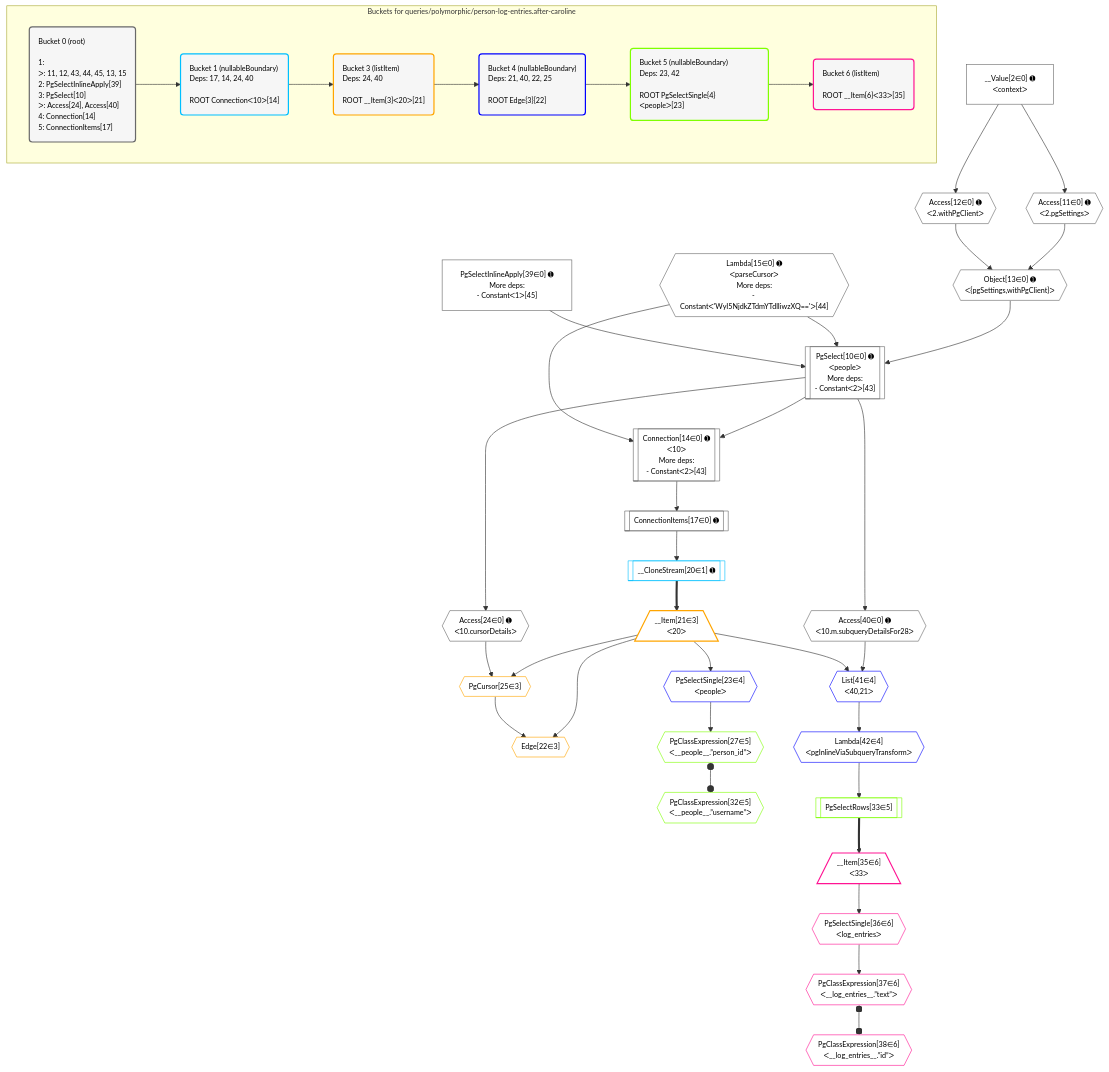
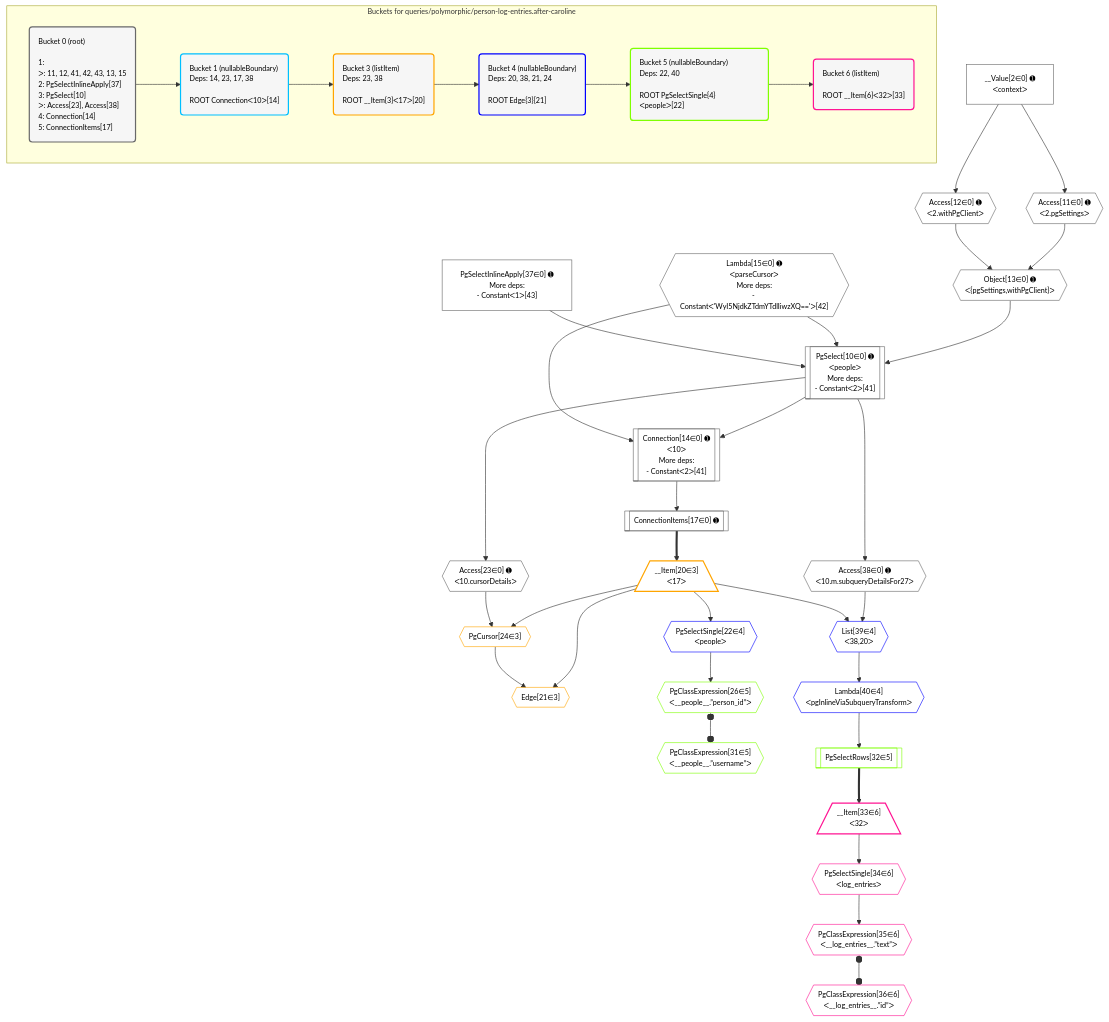
The diagram in postgraphile/postgraphile/__tests__/queries/polymorphic/person-log-entries.after-caroline.mermaid (benjaie/crystal), drawn with Mermaid before and after one commit. The commit also changed 295 other files, not shown here.

```diff
--- a/postgraphile/postgraphile/__tests__/queries/polymorphic/person-log-entries.after-caroline.mermaid
+++ b/postgraphile/postgraphile/__tests__/queries/polymorphic/person-log-entries.after-caroline.mermaid
@@ -1,85 +1,83 @@
 %%{init: {'themeVariables': { 'fontSize': '12px'}}}%%
 graph TD
     classDef path fill:#eee,stroke:#000,color:#000
     classDef plan fill:#fff,stroke-width:1px,color:#000
     classDef itemplan fill:#fff,stroke-width:2px,color:#000
     classDef unbatchedplan fill:#dff,stroke-width:1px,color:#000
     classDef sideeffectplan fill:#fcc,stroke-width:2px,color:#000
     classDef bucket fill:#f6f6f6,color:#000,stroke-width:2px,text-align:left
 
     subgraph "Buckets for queries/polymorphic/person-log-entries.after-caroline"
-    Bucket0("Bucket 0 (root)<br /><br />1: <br />ᐳ: 11, 12, 43, 44, 45, 13, 15<br />2: PgSelectInlineApply[39]<br />3: PgSelect[10]<br />ᐳ: Access[24], Access[40]<br />4: Connection[14]<br />5: ConnectionItems[17]"):::bucket
-    Bucket1("Bucket 1 (nullableBoundary)<br />Deps: 17, 14, 24, 40<br /><br />ROOT Connectionᐸ10ᐳ[14]"):::bucket
-    Bucket3("Bucket 3 (listItem)<br />Deps: 24, 40<br /><br />ROOT __Item{3}ᐸ20ᐳ[21]"):::bucket
-    Bucket4("Bucket 4 (nullableBoundary)<br />Deps: 21, 40, 22, 25<br /><br />ROOT Edge{3}[22]"):::bucket
-    Bucket5("Bucket 5 (nullableBoundary)<br />Deps: 23, 42<br /><br />ROOT PgSelectSingle{4}ᐸpeopleᐳ[23]"):::bucket
-    Bucket6("Bucket 6 (listItem)<br /><br />ROOT __Item{6}ᐸ33ᐳ[35]"):::bucket
+    Bucket0("Bucket 0 (root)<br /><br />1: <br />ᐳ: 11, 12, 41, 42, 43, 13, 15<br />2: PgSelectInlineApply[37]<br />3: PgSelect[10]<br />ᐳ: Access[23], Access[38]<br />4: Connection[14]<br />5: ConnectionItems[17]"):::bucket
+    Bucket1("Bucket 1 (nullableBoundary)<br />Deps: 14, 23, 17, 38<br /><br />ROOT Connectionᐸ10ᐳ[14]"):::bucket
+    Bucket3("Bucket 3 (listItem)<br />Deps: 23, 38<br /><br />ROOT __Item{3}ᐸ17ᐳ[20]"):::bucket
+    Bucket4("Bucket 4 (nullableBoundary)<br />Deps: 20, 38, 21, 24<br /><br />ROOT Edge{3}[21]"):::bucket
+    Bucket5("Bucket 5 (nullableBoundary)<br />Deps: 22, 40<br /><br />ROOT PgSelectSingle{4}ᐸpeopleᐳ[22]"):::bucket
+    Bucket6("Bucket 6 (listItem)<br /><br />ROOT __Item{6}ᐸ32ᐳ[33]"):::bucket
     end
     Bucket0 --> Bucket1
     Bucket1 --> Bucket3
     Bucket3 --> Bucket4
     Bucket4 --> Bucket5
     Bucket5 --> Bucket6
 
     %% plan dependencies
-    PgSelect10[["PgSelect[10∈0] ➊<br />ᐸpeopleᐳ<br />More deps:<br />- Constantᐸ2ᐳ[43]"]]:::plan
+    PgSelect10[["PgSelect[10∈0] ➊<br />ᐸpeopleᐳ<br />More deps:<br />- Constantᐸ2ᐳ[41]"]]:::plan
     Object13{{"Object[13∈0] ➊<br />ᐸ{pgSettings,withPgClient}ᐳ"}}:::plan
-    Lambda15{{"Lambda[15∈0] ➊<br />ᐸparseCursorᐳ<br />More deps:<br />- Constantᐸ'WyI5NjdkZTdmYTdlIiwzXQ=='ᐳ[44]"}}:::plan
-    PgSelectInlineApply39["PgSelectInlineApply[39∈0] ➊<br />More deps:<br />- Constantᐸ1ᐳ[45]"]:::plan
-    Object13 & Lambda15 & PgSelectInlineApply39 --> PgSelect10
-    Connection14[["Connection[14∈0] ➊<br />ᐸ10ᐳ<br />More deps:<br />- Constantᐸ2ᐳ[43]"]]:::plan
+    Lambda15{{"Lambda[15∈0] ➊<br />ᐸparseCursorᐳ<br />More deps:<br />- Constantᐸ'WyI5NjdkZTdmYTdlIiwzXQ=='ᐳ[42]"}}:::plan
+    PgSelectInlineApply37["PgSelectInlineApply[37∈0] ➊<br />More deps:<br />- Constantᐸ1ᐳ[43]"]:::plan
+    Object13 & Lambda15 & PgSelectInlineApply37 --> PgSelect10
+    Connection14[["Connection[14∈0] ➊<br />ᐸ10ᐳ<br />More deps:<br />- Constantᐸ2ᐳ[41]"]]:::plan
     PgSelect10 & Lambda15 --> Connection14
     Access11{{"Access[11∈0] ➊<br />ᐸ2.pgSettingsᐳ"}}:::plan
     Access12{{"Access[12∈0] ➊<br />ᐸ2.withPgClientᐳ"}}:::plan
     Access11 & Access12 --> Object13
     __Value2["__Value[2∈0] ➊<br />ᐸcontextᐳ"]:::plan
     __Value2 --> Access11
     __Value2 --> Access12
     ConnectionItems17[["ConnectionItems[17∈0] ➊"]]:::plan
     Connection14 --> ConnectionItems17
-    Access24{{"Access[24∈0] ➊<br />ᐸ10.cursorDetailsᐳ"}}:::plan
-    PgSelect10 --> Access24
-    Access40{{"Access[40∈0] ➊<br />ᐸ10.m.subqueryDetailsFor28ᐳ"}}:::plan
-    PgSelect10 --> Access40
-    __CloneStream20[["__CloneStream[20∈1] ➊"]]:::plan
-    ConnectionItems17 --> __CloneStream20
-    Edge22{{"Edge[22∈3]"}}:::plan
-    __Item21[/"__Item[21∈3]<br />ᐸ20ᐳ"\]:::itemplan
-    PgCursor25{{"PgCursor[25∈3]"}}:::plan
-    __Item21 & PgCursor25 --> Edge22
-    __Item21 & Access24 --> PgCursor25
-    __CloneStream20 ==> __Item21
-    List41{{"List[41∈4]<br />ᐸ40,21ᐳ"}}:::plan
-    Access40 & __Item21 --> List41
-    PgSelectSingle23{{"PgSelectSingle[23∈4]<br />ᐸpeopleᐳ"}}:::plan
-    __Item21 --> PgSelectSingle23
-    Lambda42{{"Lambda[42∈4]<br />ᐸpgInlineViaSubqueryTransformᐳ"}}:::plan
-    List41 --> Lambda42
-    PgClassExpression27{{"PgClassExpression[27∈5]<br />ᐸ__people__.”person_id”ᐳ"}}:::plan
-    PgSelectSingle23 --> PgClassExpression27
-    PgClassExpression32{{"PgClassExpression[32∈5]<br />ᐸ__people__.”username”ᐳ"}}:::plan
-    PgClassExpression27 o--o PgClassExpression32
-    PgSelectRows33[["PgSelectRows[33∈5]"]]:::plan
-    Lambda42 --> PgSelectRows33
-    __Item35[/"__Item[35∈6]<br />ᐸ33ᐳ"\]:::itemplan
-    PgSelectRows33 ==> __Item35
-    PgSelectSingle36{{"PgSelectSingle[36∈6]<br />ᐸlog_entriesᐳ"}}:::plan
-    __Item35 --> PgSelectSingle36
-    PgClassExpression37{{"PgClassExpression[37∈6]<br />ᐸ__log_entries__.”text”ᐳ"}}:::plan
-    PgSelectSingle36 --> PgClassExpression37
-    PgClassExpression38{{"PgClassExpression[38∈6]<br />ᐸ__log_entries__.”id”ᐳ"}}:::plan
-    PgClassExpression37 o--o PgClassExpression38
+    Access23{{"Access[23∈0] ➊<br />ᐸ10.cursorDetailsᐳ"}}:::plan
+    PgSelect10 --> Access23
+    Access38{{"Access[38∈0] ➊<br />ᐸ10.m.subqueryDetailsFor27ᐳ"}}:::plan
+    PgSelect10 --> Access38
+    Edge21{{"Edge[21∈3]"}}:::plan
+    __Item20[/"__Item[20∈3]<br />ᐸ17ᐳ"\]:::itemplan
+    PgCursor24{{"PgCursor[24∈3]"}}:::plan
+    __Item20 & PgCursor24 --> Edge21
+    __Item20 & Access23 --> PgCursor24
+    ConnectionItems17 ==> __Item20
+    List39{{"List[39∈4]<br />ᐸ38,20ᐳ"}}:::plan
+    Access38 & __Item20 --> List39
+    PgSelectSingle22{{"PgSelectSingle[22∈4]<br />ᐸpeopleᐳ"}}:::plan
+    __Item20 --> PgSelectSingle22
+    Lambda40{{"Lambda[40∈4]<br />ᐸpgInlineViaSubqueryTransformᐳ"}}:::plan
+    List39 --> Lambda40
+    PgClassExpression26{{"PgClassExpression[26∈5]<br />ᐸ__people__.”person_id”ᐳ"}}:::plan
+    PgSelectSingle22 --> PgClassExpression26
+    PgClassExpression31{{"PgClassExpression[31∈5]<br />ᐸ__people__.”username”ᐳ"}}:::plan
+    PgClassExpression26 o--o PgClassExpression31
+    PgSelectRows32[["PgSelectRows[32∈5]"]]:::plan
+    Lambda40 --> PgSelectRows32
+    __Item33[/"__Item[33∈6]<br />ᐸ32ᐳ"\]:::itemplan
+    PgSelectRows32 ==> __Item33
+    PgSelectSingle34{{"PgSelectSingle[34∈6]<br />ᐸlog_entriesᐳ"}}:::plan
+    __Item33 --> PgSelectSingle34
+    PgClassExpression35{{"PgClassExpression[35∈6]<br />ᐸ__log_entries__.”text”ᐳ"}}:::plan
+    PgSelectSingle34 --> PgClassExpression35
+    PgClassExpression36{{"PgClassExpression[36∈6]<br />ᐸ__log_entries__.”id”ᐳ"}}:::plan
+    PgClassExpression35 o--o PgClassExpression36
 
     %% define steps
     classDef bucket0 stroke:#696969
-    class Bucket0,__Value2,PgSelect10,Access11,Access12,Object13,Connection14,Lambda15,ConnectionItems17,Access24,PgSelectInlineApply39,Access40 bucket0
+    class Bucket0,__Value2,PgSelect10,Access11,Access12,Object13,Connection14,Lambda15,ConnectionItems17,Access23,PgSelectInlineApply37,Access38 bucket0
     classDef bucket1 stroke:#00bfff
-    class Bucket1,__CloneStream20 bucket1
+    class Bucket1 bucket1
     classDef bucket3 stroke:#ffa500
-    class Bucket3,__Item21,Edge22,PgCursor25 bucket3
+    class Bucket3,__Item20,Edge21,PgCursor24 bucket3
     classDef bucket4 stroke:#0000ff
-    class Bucket4,PgSelectSingle23,List41,Lambda42 bucket4
+    class Bucket4,PgSelectSingle22,List39,Lambda40 bucket4
     classDef bucket5 stroke:#7fff00
-    class Bucket5,PgClassExpression27,PgClassExpression32,PgSelectRows33 bucket5
+    class Bucket5,PgClassExpression26,PgClassExpression31,PgSelectRows32 bucket5
     classDef bucket6 stroke:#ff1493
-    class Bucket6,__Item35,PgSelectSingle36,PgClassExpression37,PgClassExpression38 bucket6
+    class Bucket6,__Item33,PgSelectSingle34,PgClassExpression35,PgClassExpression36 bucket6
```
